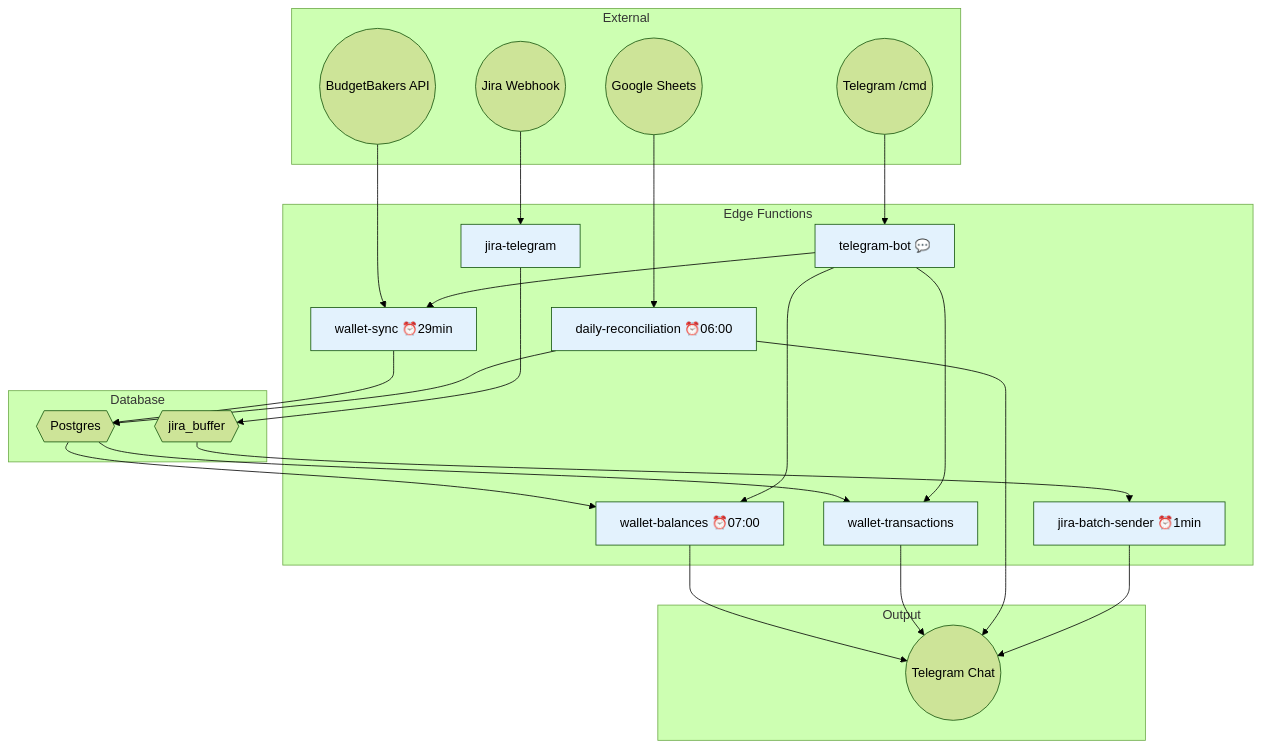
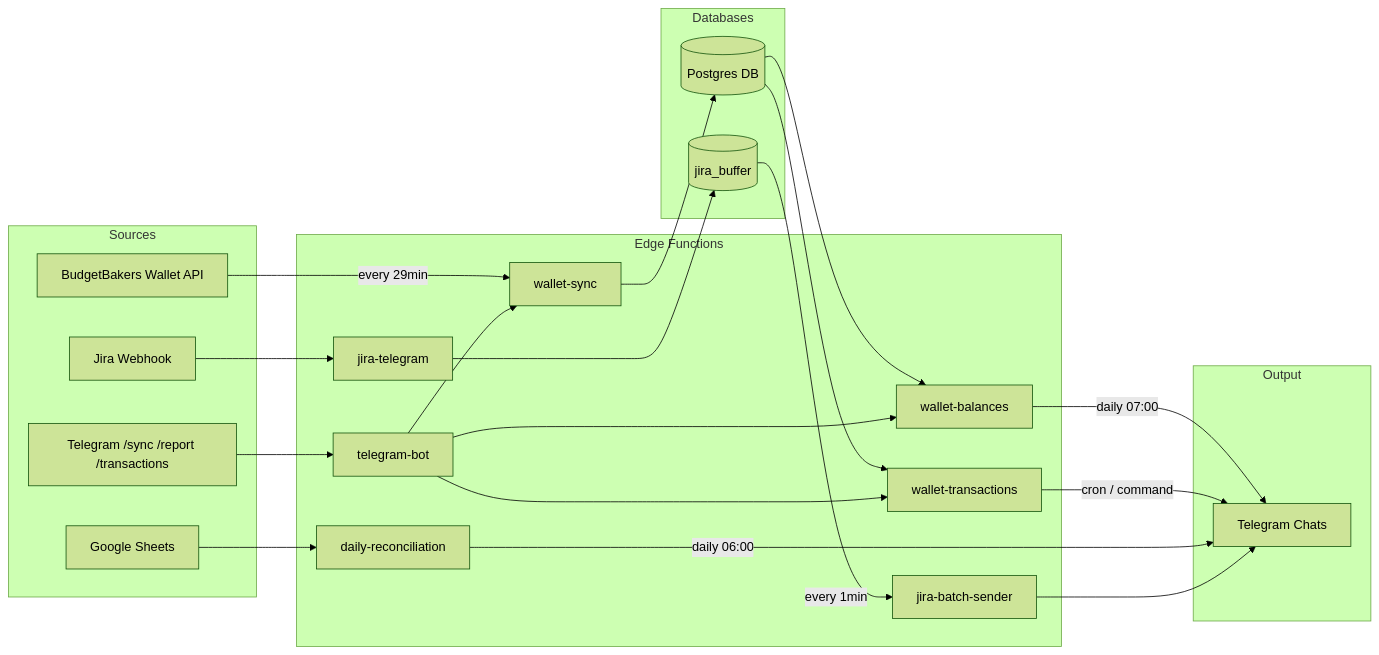
The diagram in README.md (yfozekosh/walletbot), drawn with Mermaid (forest theme) before and after one commit. The commit also changed other lines of this file, not shown here.

Commit message:
restore previous mermaid layout, add legend below

````diff
--- a/README.md
+++ b/README.md
@@ -19,45 +19,35 @@
 ```mermaid
-flowchart TB
-  subgraph External["External"]
-    WB(("BudgetBakers API"))
-    GS(("Google Sheets"))
-    JW(("Jira Webhook"))
-    TGcmd(("Telegram /cmd"))
+flowchart LR
+  subgraph Sources
+    WB[BudgetBakers Wallet API]
+    GS[Google Sheets]
+    JW[Jira Webhook]
+    TG_CMD[Telegram /sync /report /transactions]
   end
 
   subgraph Edge["Edge Functions"]
-    WS["wallet-sync ⏰29min"]
-    WBAL["wallet-balances ⏰07:00"]
-    WT["wallet-transactions"]
-    DR["daily-reconciliation ⏰06:00"]
-    TB["telegram-bot 💬"]
-    JT["jira-telegram"]
-    JBS["jira-batch-sender ⏰1min"]
+    WS[wallet-sync]
+    WBAL[wallet-balances]
+    WT[wallet-transactions]
+    DR[daily-reconciliation]
+    TB[telegram-bot]
+    JT[jira-telegram]
+    JBS[jira-batch-sender]
   end
 
-  subgraph Store["Database"]
-    DB{{"Postgres"}}
-    JB{{"jira_buffer"}}
+  subgraph Store["Databases"]
+    DB[("Postgres DB")]
+    JB[(jira_buffer)]
   end
 
-  subgraph Output["Output"]
-    TG(("Telegram Chat"))
+  subgraph Output
+    TG[Telegram Chats]
   end
 
-  WB --> WS --> DB
-  DB --> WBAL --> TG
-  DB --> WT --> TG
-  GS --> DR --> DB
-  DR --> TG
-  JW --> JT --> JB
-  JB --> JBS --> TG
-  TGcmd --> TB --> WS & WBAL & WT
-
-  style WS fill:#e3f2fd
-  style WBAL fill:#e3f2fd
-  style WT fill:#e3f2fd
-  style DR fill:#e3f2fd
-  style TB fill:#e3f2fd
-  style JT fill:#e3f2fd
-  style JBS fill:#e3f2fd
+  WB -- every 29min --> WS --> DB
+  DB --> WBAL -- daily 07:00 --> TG
+  DB --> WT -- cron / command --> TG
+  GS --> DR -- daily 06:00 --> TG
+  JW --> JT --> JB -- every 1min --> JBS --> TG
+  TG_CMD --> TB --> WS & WBAL & WT
 ```
````
